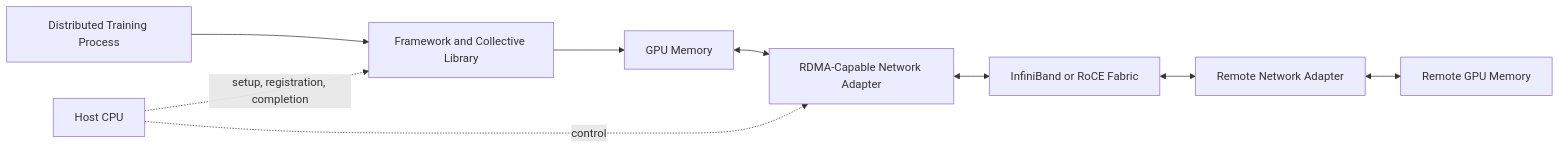
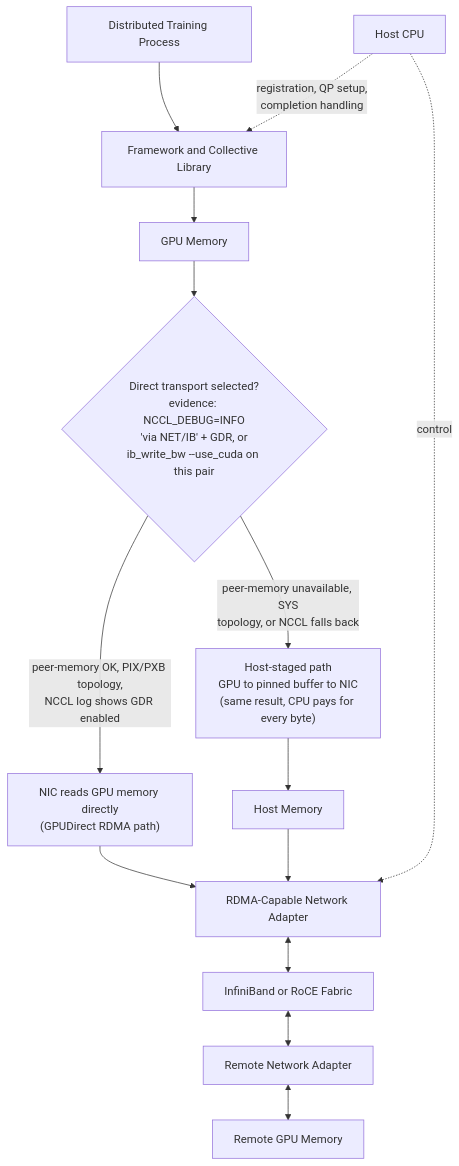
Before and after one commit to jithinpnjm/nvidia-devops: the first of 3 diagrams in docs/nvidia-zero-to-hero/volume-07/chapter-05-gpudirect-rdma.md, drawn with Mermaid. The commit also changed other lines of this file and 10 other files, not shown here.

````diff
--- a/docs/nvidia-zero-to-hero/volume-07/chapter-05-gpudirect-rdma.md
+++ b/docs/nvidia-zero-to-hero/volume-07/chapter-05-gpudirect-rdma.md
@@ -54,19 +54,16 @@
 ```mermaid
-flowchart LR
-    App[Distributed Training Process]
-    Runtime[Framework and Collective Library]
-    GPU[GPU Memory]
-    NIC[RDMA-Capable Network Adapter]
-    Fabric[InfiniBand or RoCE Fabric]
-    RemoteNIC[Remote Network Adapter]
-    RemoteGPU[Remote GPU Memory]
-    CPU[Host CPU]
+flowchart TD
+    App[Distributed Training Process] --> Runtime[Framework and Collective Library]
+    Runtime --> GPU[GPU Memory]
+    CPU[Host CPU] -. "registration, QP setup,<br/>completion handling" .-> Runtime
+    CPU -. control .-> NIC[RDMA-Capable Network Adapter]
 
-    App --> Runtime
-    Runtime --> GPU
-    GPU <--> NIC
-    NIC <--> Fabric <--> RemoteNIC
-    RemoteNIC <--> RemoteGPU
-    CPU -. setup, registration, completion .-> Runtime
-    CPU -. control .-> NIC
+    GPU --> T{"Direct transport selected?<br/>evidence: NCCL_DEBUG=INFO<br/>'via NET/IB' + GDR, or<br/>ib_write_bw --use_cuda on this pair"}
+    T -->|"peer-memory OK, PIX/PXB topology,<br/>NCCL log shows GDR enabled"| Direct["NIC reads GPU memory directly<br/>(GPUDirect RDMA path)"]
+    T -->|"peer-memory unavailable, SYS<br/>topology, or NCCL falls back"| Staged["Host-staged path<br/>GPU to pinned buffer to NIC<br/>(same result, CPU pays for every byte)"]
+
+    Direct --> NIC
+    Staged --> Host[Host Memory] --> NIC
+    NIC <--> Fabric[InfiniBand or RoCE Fabric] <--> RemoteNIC[Remote Network Adapter]
+    RemoteNIC <--> RemoteGPU[Remote GPU Memory]
 ```
````
